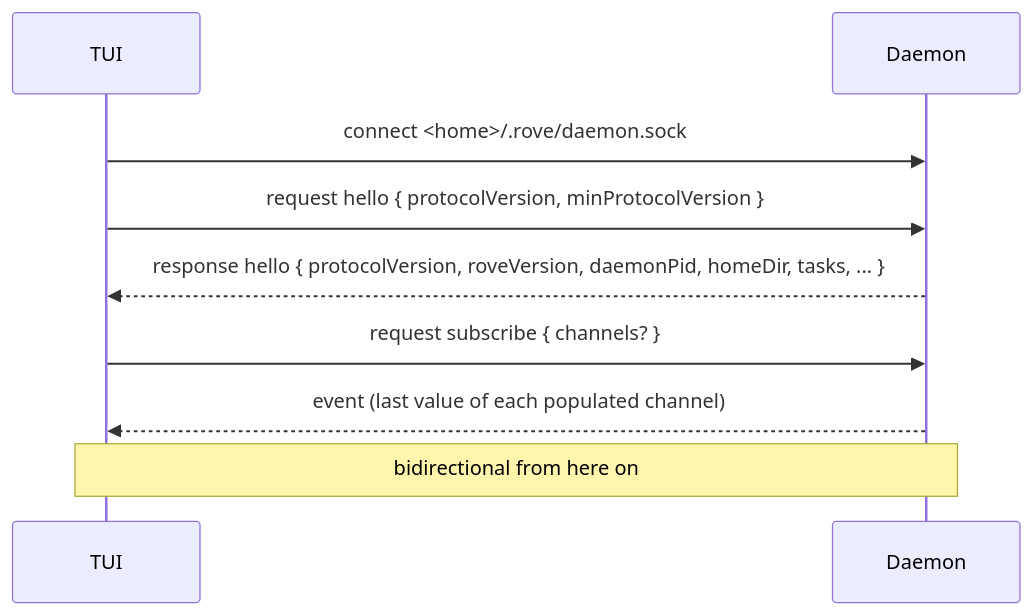
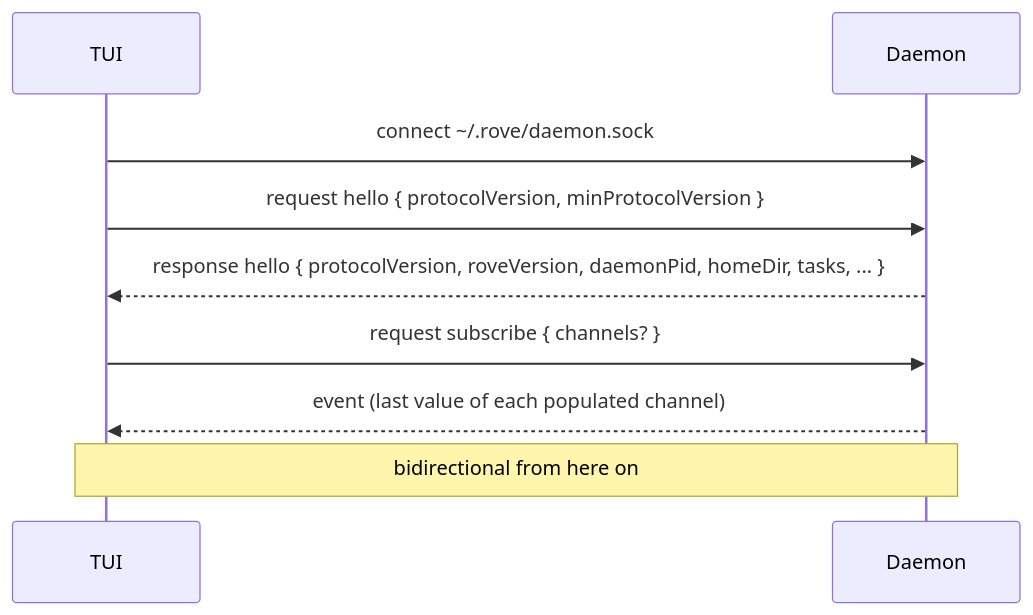
Before and after one commit to Sma1lboy/rove: the second of 2 diagrams in docs/design/daemon.md, drawn with Mermaid. The commit also changed 2 other files, not shown here.

Commit message:
docs: tighten three doc corrections against the code
A2 now says the hub hostname appears only in INBOUND_DENIED refusals, the daemon attach diagram keeps its original socket label, and RELEASING says a bad changeset name fails pre-pr on every branch rather than main's CI.

````diff
--- a/docs/design/daemon.md
+++ b/docs/design/daemon.md
@@ -118,14 +118,14 @@
 ```mermaid
 sequenceDiagram
   participant TUI
   participant Daemon
 
-  TUI->>Daemon: connect <home>/.rove/daemon.sock
+  TUI->>Daemon: connect ~/.rove/daemon.sock
   TUI->>Daemon: request hello { protocolVersion, minProtocolVersion }
   Daemon-->>TUI: response hello { protocolVersion, roveVersion, daemonPid, homeDir, tasks, ... }
 
   TUI->>Daemon: request subscribe { channels? }
   Daemon-->>TUI: event (last value of each populated channel)
 
   Note over TUI,Daemon: bidirectional from here on
 ```
````
